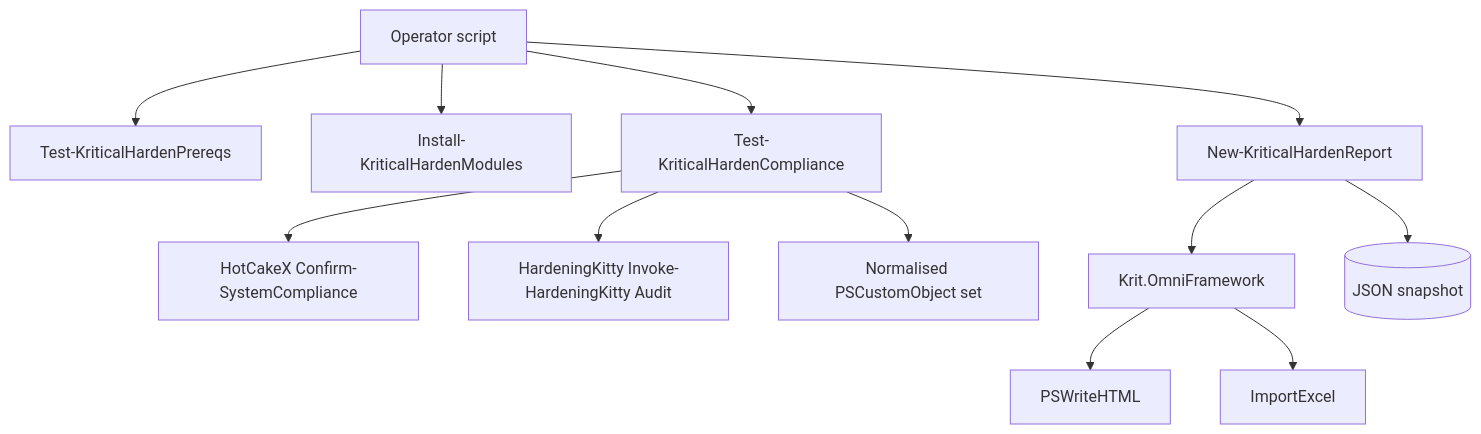
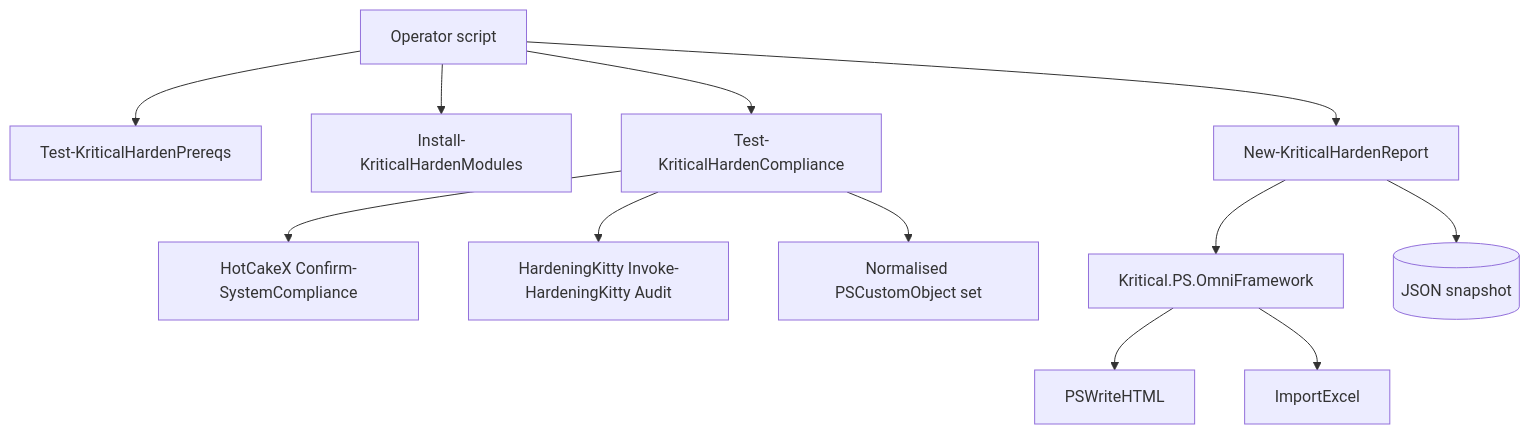
One commit to Sir-J-AU/Kritical.PS.Hardening changed the diagram in docs/ARCHITECTURE.md. Above: the diagram before and after it, drawn with Mermaid. The commit also changed other lines of this file and 8 other files, not shown here.

````diff
--- a/docs/ARCHITECTURE.md
+++ b/docs/ARCHITECTURE.md
@@ -7,14 +7,14 @@
 ```mermaid
 flowchart TB
     OP[Operator script] --> PRE[Test-KriticalHardenPrereqs]
     OP --> INST[Install-KriticalHardenModules]
     OP --> COMP[Test-KriticalHardenCompliance]
     COMP --> HC[HotCakeX Confirm-SystemCompliance]
     COMP --> HK[HardeningKitty Invoke-HardeningKitty Audit]
     COMP --> NORM[Normalised PSCustomObject set]
     OP --> RPT[New-KriticalHardenReport]
-    RPT --> OMNI[Krit.OmniFramework]
+    RPT --> OMNI[Kritical.PS.OmniFramework]
     OMNI --> HTML[PSWriteHTML]
     OMNI --> XL[ImportExcel]
     RPT --> JSON[(JSON snapshot)]
 ```
````
